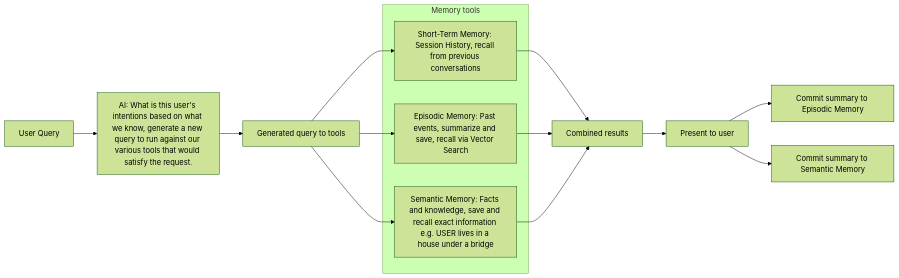
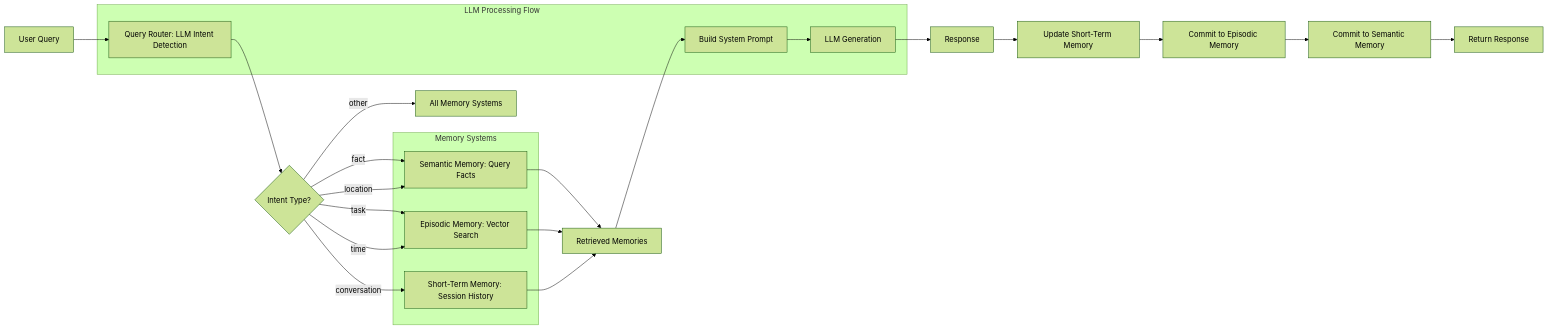
The diagram in README.md (fullaware/pensive), drawn with Mermaid (forest theme) before and after one commit. The commit also changed other lines of this file and 19 other files, not shown here.

````diff
--- a/README.md
+++ b/README.md
@@ -17,24 +18,37 @@
 ```mermaid
 flowchart LR
-  userQuery[User Query] --> aiIntention["AI: What is this user's intentions based on what we know, generate a new query to run against our various tools that would satisfy the request."]
-  aiIntention --> toolQuery[Generated query to tools]
+  userQuery[User Query] --> router[Query Router: LLM Intent Detection]
+  router --> routeDecision{Intent Type?}
 
-  subgraph tools [Memory tools]
-    shortTermMemory[Short-Term Memory: Session History, recall from previous conversations]
-    episodicRecall[Episodic Memory: Past events, summarize and save, recall via Vector Search]
-    semanticRecall[Semantic Memory: Facts and knowledge, save and recall exact information e.g. USER lives in a house under a bridge]
+  routeDecision -->|fact| semantic[Semantic Memory: Query Facts]
+  routeDecision -->|location| semantic
+  routeDecision -->|task| episodic[Episodic Memory: Vector Search]
+  routeDecision -->|time| episodic
+  routeDecision -->|conversation| shortTerm[Short-Term Memory: Session History]
+  routeDecision -->|other| allMemories[All Memory Systems]
+
+  semantic --> queryResults[Retrieved Memories]
+  episodic --> queryResults
+  shortTerm --> queryResults
+
+  queryResults --> systemPrompt[Build System Prompt]
+  systemPrompt --> llm[LLM Generation]
+  llm --> response[Response]
+
+  response --> shortTermMem[Update Short-Term Memory]
+  shortTermMem --> commitEpisodic[Commit to Episodic Memory]
+  commitEpisodic --> commitSemantic[Commit to Semantic Memory]
+  commitSemantic --> finalResponse[Return Response]
+
+  subgraph memorySystems [Memory Systems]
+    semantic
+    episodic
+    shortTerm
   end
 
-  toolQuery --> shortTermMemory
-  toolQuery --> episodicRecall
-  toolQuery --> semanticRecall
-
-  shortTermMemory --> combinedResults[Combined results]
-  episodicRecall --> combinedResults
-  semanticRecall --> combinedResults
-
-  combinedResults --> presentToUser[Present to user]
-
-  presentToUser --> commitEpisodic[Commit summary to Episodic Memory]
-  presentToUser --> commitSemantic[Commit summary to Semantic Memory]
+  subgraph llmFlow [LLM Processing Flow]
+    router
+    systemPrompt
+    llm
+  end
 ```
````
